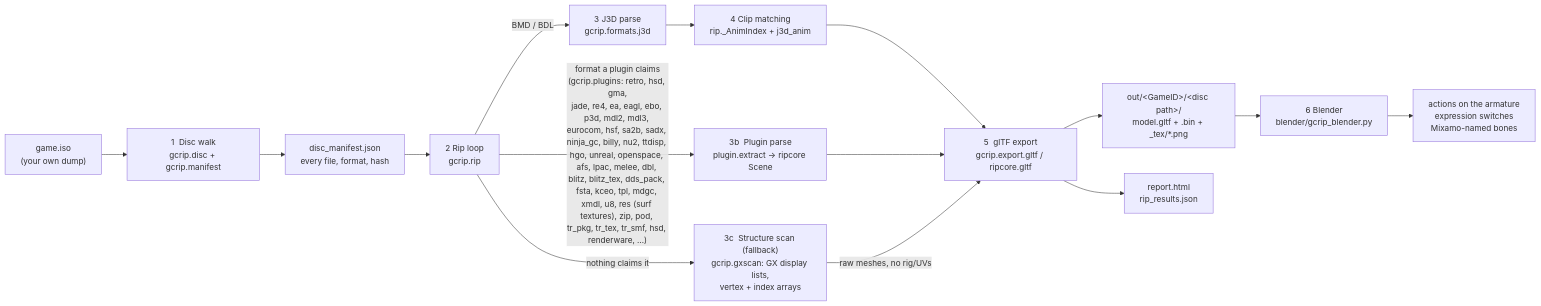
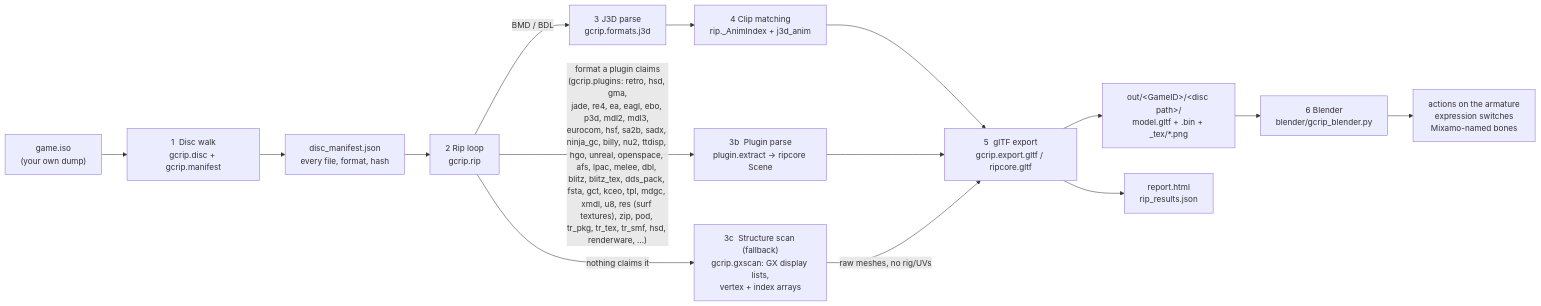
One commit to Felbs/3d-ripper-9000 changed the first of 9 diagrams in docs/PIPELINE.md. Above: the diagram before and after it, drawn with Mermaid. The commit also changed 6 other files, not shown here.

First line of the commit message:
gcrip gct: Darkened Skye's textures - all 4,340 decode, size exact on every one

````diff
--- a/docs/PIPELINE.md
+++ b/docs/PIPELINE.md
@@ -11,17 +11,17 @@
 ```mermaid
 flowchart LR
     ISO["game.iso<br/>(your own dump)"] --> WALK["1  Disc walk<br/>gcrip.disc + gcrip.manifest"]
     WALK --> MAN["disc_manifest.json<br/>every file, format, hash"]
     MAN --> RIP["2  Rip loop<br/>gcrip.rip"]
     RIP -->|"BMD / BDL"| J3D["3  J3D parse<br/>gcrip.formats.j3d"]
-    RIP -->|"format a plugin claims<br/>(gcrip.plugins: retro, hsd, gma,<br/>jade, re4, ea, eagl, ebo, p3d, mdl2, mdl3, eurocom, hsf, sa2b, sadx, ninja_gc, billy, nu2, ttdisp, hgo, unreal, openspace, afs, lpac, melee, dbl, blitz, blitz_tex, dds_pack, fsta, kceo, tpl, mdgc, xmdl, u8, res (surf textures), zip, pod, tr_pkg, tr_tex, tr_smf, hsd, renderware, …)"| PLUG["3b  Plugin parse<br/>plugin.extract → ripcore Scene"]
+    RIP -->|"format a plugin claims<br/>(gcrip.plugins: retro, hsd, gma,<br/>jade, re4, ea, eagl, ebo, p3d, mdl2, mdl3, eurocom, hsf, sa2b, sadx, ninja_gc, billy, nu2, ttdisp, hgo, unreal, openspace, afs, lpac, melee, dbl, blitz, blitz_tex, dds_pack, fsta, gct, kceo, tpl, mdgc, xmdl, u8, res (surf textures), zip, pod, tr_pkg, tr_tex, tr_smf, hsd, renderware, …)"| PLUG["3b  Plugin parse<br/>plugin.extract → ripcore Scene"]
     RIP -->|"nothing claims it"| GX["3c  Structure scan (fallback)<br/>gcrip.gxscan: GX display lists,<br/>vertex + index arrays"]
     J3D --> ANIM["4  Clip matching<br/>rip._AnimIndex + j3d_anim"]
     ANIM --> GLTF["5  glTF export<br/>gcrip.export.gltf / ripcore.gltf"]
     PLUG --> GLTF
     GX -->|"raw meshes, no rig/UVs"| GLTF
     GLTF --> OUT["out/&lt;GameID&gt;/&lt;disc path&gt;/<br/>model.gltf + .bin + _tex/*.png"]
     GLTF --> REP["report.html<br/>rip_results.json"]
     OUT --> BL["6  Blender<br/>blender/gcrip_blender.py"]
     BL --> PLAY["actions on the armature<br/>expression switches<br/>Mixamo-named bones"]
 ```
````
